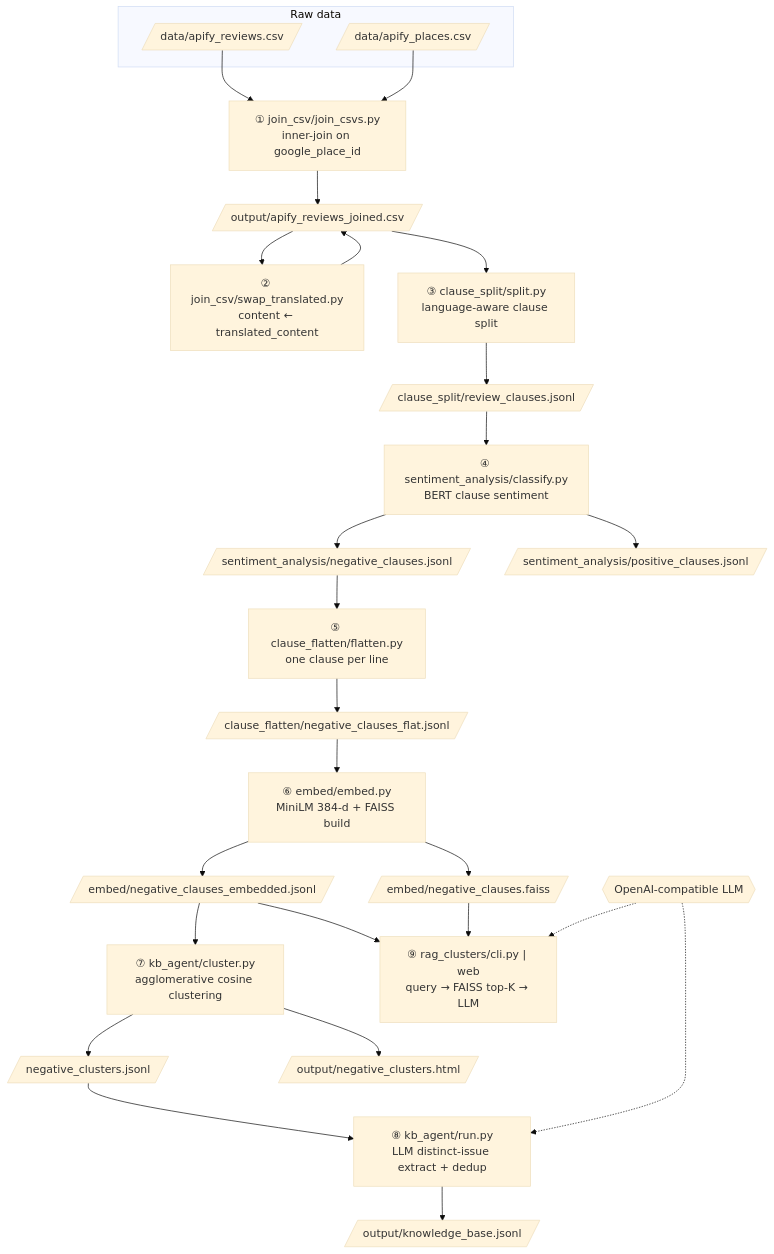
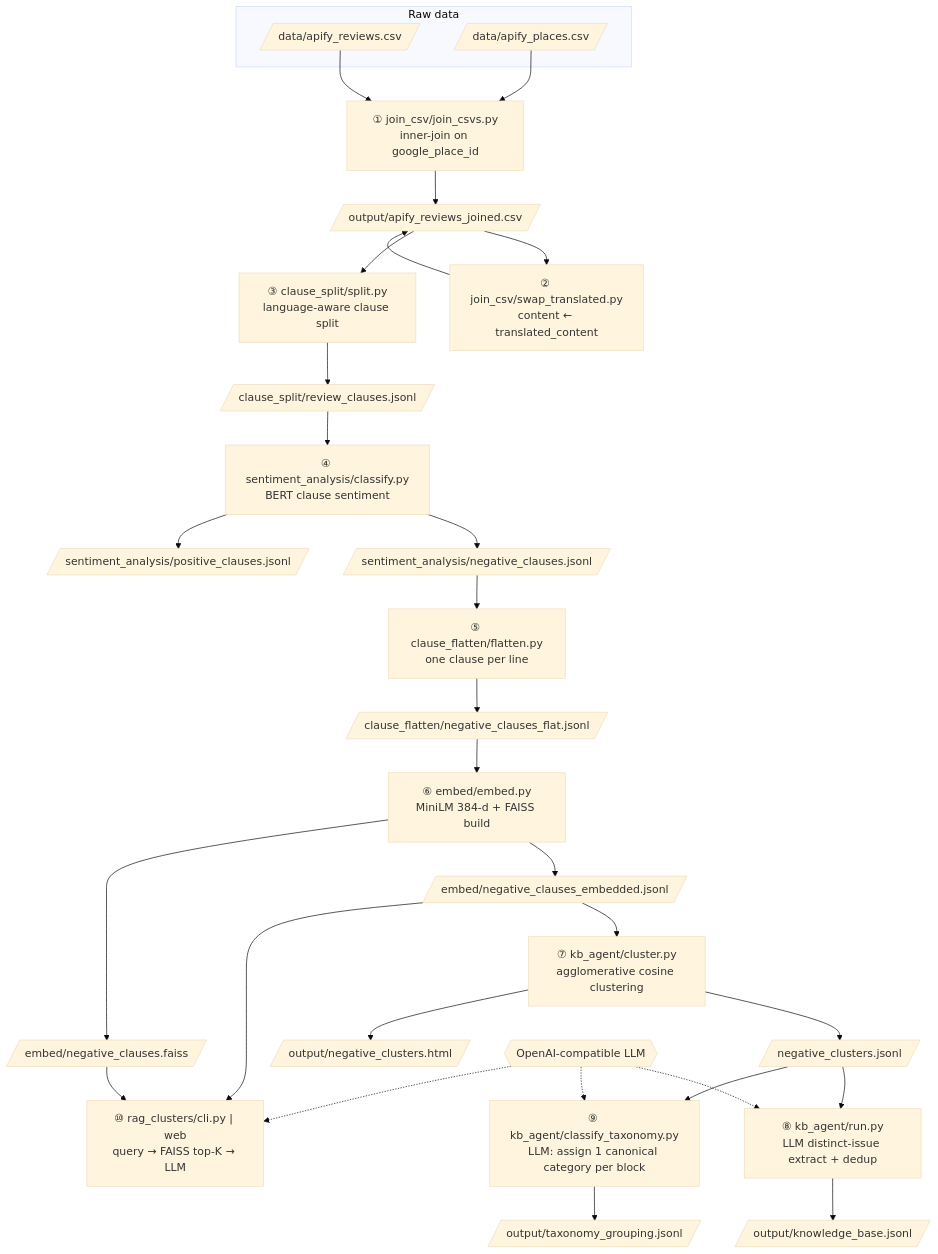
Before and after one commit to Debayan-RoyLLM/jojani_ai: the diagram in README.md, drawn with Mermaid (base theme). The commit also changed other lines of this file and 3 other files, not shown here.

````diff
--- a/README.md
+++ b/README.md
@@ -56,57 +67,62 @@
 ```mermaid
 flowchart TD
     subgraph IN["Raw data"]
         R1[/"data/apify_reviews.csv"/]
         R2[/"data/apify_places.csv"/]
     end
 
     J1[/"output/apify_reviews_joined.csv"/]
     P1[/"clause_split/review_clauses.jsonl"/]
     N1[/"sentiment_analysis/negative_clauses.jsonl"/]
     P1p[/"sentiment_analysis/positive_clauses.jsonl"/]
     F1[/"clause_flatten/negative_clauses_flat.jsonl"/]
     E1[/"embed/negative_clauses_embedded.jsonl"/]
     E2[/"embed/negative_clauses.faiss"/]
     C1[/"negative_clusters.jsonl"/]
     KB[/"output/knowledge_base.jsonl"/]
+    TAX[/"output/taxonomy_grouping.jsonl"/]
     HTML[/"output/negative_clusters.html"/]
 
     A1["① join_csv/join_csvs.py<br/>inner-join on google_place_id"]
     A2["② join_csv/swap_translated.py<br/>content ← translated_content"]
     A3["③ clause_split/split.py<br/>language-aware clause split"]
     A4["④ sentiment_analysis/classify.py<br/>BERT clause sentiment"]
     A5["⑤ clause_flatten/flatten.py<br/>one clause per line"]
     A6["⑥ embed/embed.py<br/>MiniLM 384-d + FAISS build"]
     A7["⑦ kb_agent/cluster.py<br/>agglomerative cosine clustering"]
     A8["⑧ kb_agent/run.py<br/>LLM distinct-issue extract + dedup"]
-    A9["⑨ rag_clusters/cli.py | web<br/>query → FAISS top-K → LLM"]
+    A9["⑨ kb_agent/classify_taxonomy.py<br/>LLM: assign 1 canonical category per block"]
+    A10["⑩ rag_clusters/cli.py | web<br/>query → FAISS top-K → LLM"]
 
     LLM{{"OpenAI-compatible LLM"}}
 
     R1 --> A1
     R2 --> A1
     A1 --> J1
     J1 --> A2
     A2 --> J1
     J1 --> A3
     A3 --> P1
     P1 --> A4
     A4 --> N1
     A4 --> P1p
     N1 --> A5
     A5 --> F1
     F1 --> A6
     A6 --> E1
     A6 --> E2
 
     E1 --> A7
     A7 --> C1
     C1 --> A8
     A8 --> KB
     LLM -.-> A8
     A7 --> HTML
+    C1 --> A9
+    A9 --> TAX
+    LLM -.-> A9
 
-    E1 --> A9
-    E2 --> A9
-    LLM -.-> A9
+    E1 --> A10
+    E2 --> A10
+    LLM -.-> A10
 ```
````
